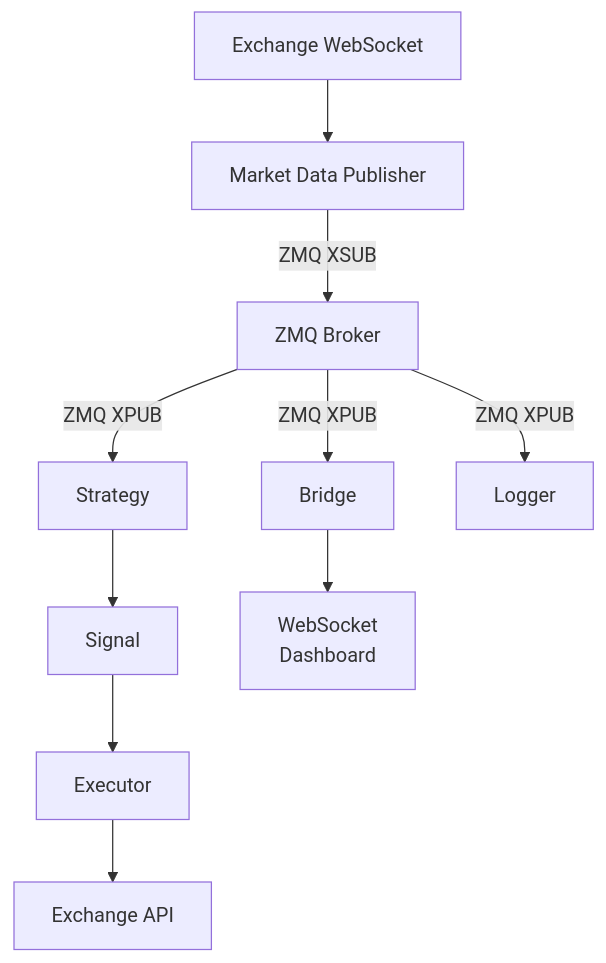
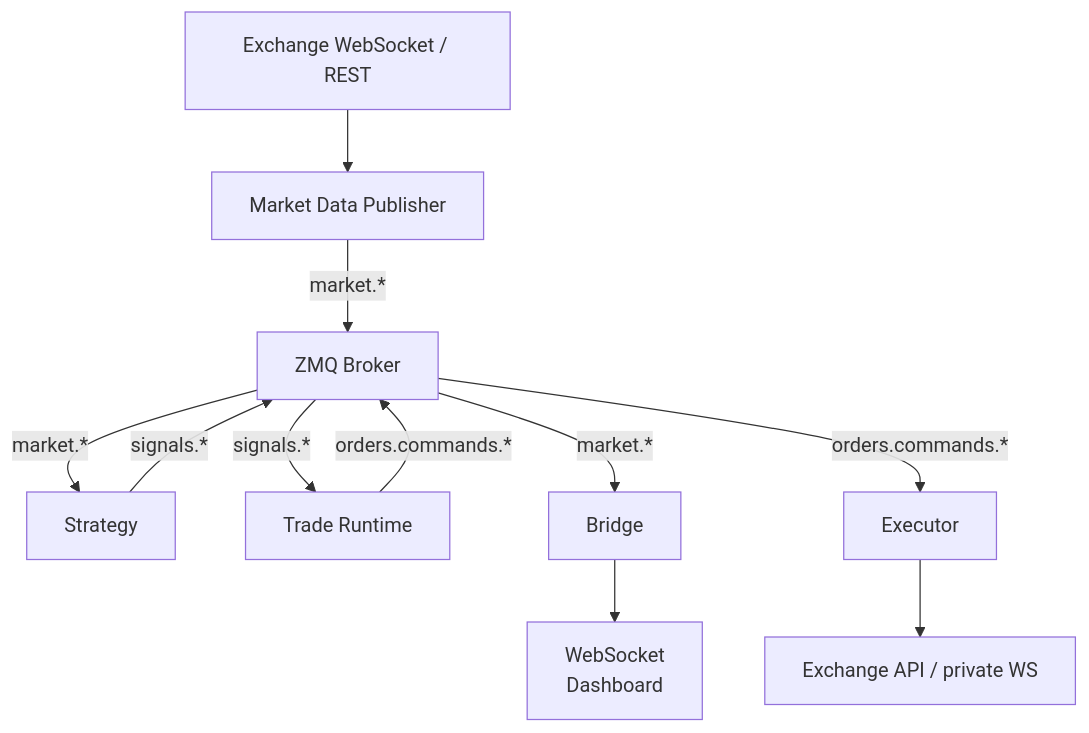
The third of 5 diagrams in docs/architecture.md (mateusz-klatt/snapper), drawn with Mermaid before and after one commit. The commit also changed other lines of this file and 43 other files, not shown here.

First line of the commit message:
feat(trade-runtime): facts-canonical architecture with durable state

````diff
--- a/docs/architecture.md
+++ b/docs/architecture.md
@@ -268,12 +276,13 @@
 ```mermaid
 flowchart TB
-    Exchange["Exchange WebSocket"] --> Publisher["Market Data Publisher"]
-    Publisher -->|ZMQ XSUB| Broker["ZMQ Broker"]
-    Broker -->|ZMQ XPUB| Strategy
-    Broker -->|ZMQ XPUB| Bridge
-    Broker -->|ZMQ XPUB| Logger
-    Strategy --> Signal
+    Exchange["Exchange WebSocket / REST"] --> Publisher["Market Data Publisher"]
+    Publisher -->|market.*| Broker["ZMQ Broker"]
+    Broker -->|market.*| Strategy
+    Strategy -->|signals.*| Broker
+    Broker -->|signals.*| Runtime["Trade Runtime"]
+    Broker -->|market.*| Bridge
     Bridge --> WebSocket["WebSocket<br/>Dashboard"]
-    Signal --> Executor
-    Executor --> API["Exchange API"]
+    Runtime -->|orders.commands.*| Broker
+    Broker -->|orders.commands.*| Executor
+    Executor --> API["Exchange API / private WS"]
 ```
````
